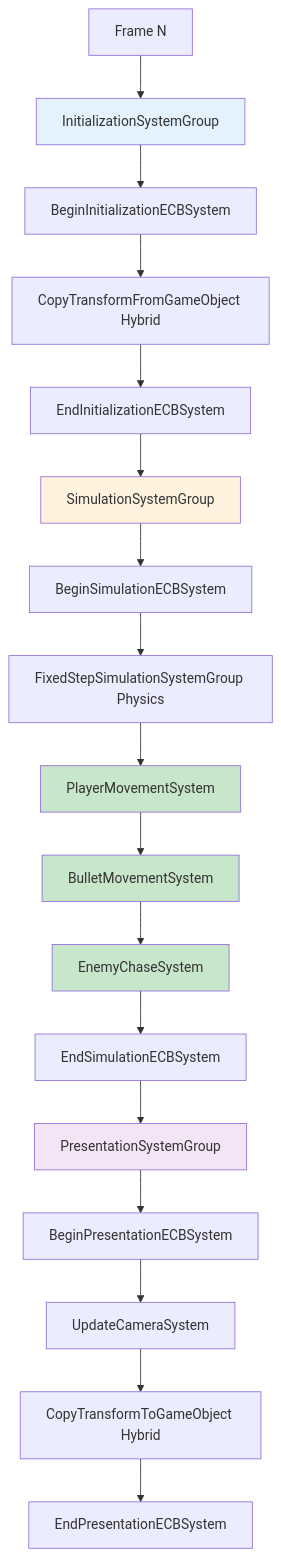
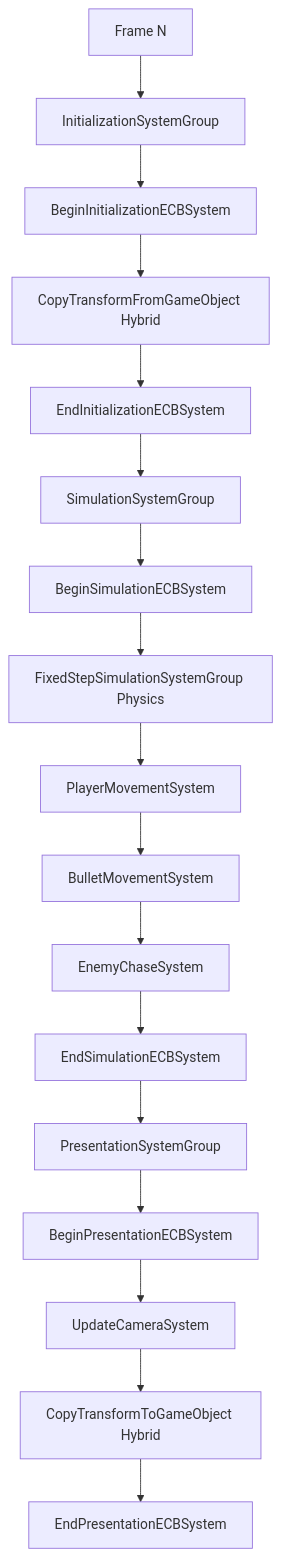
The eighth of 8 diagrams in README.md (lmo0317/projectc), drawn with Mermaid before and after one commit. The commit also changed other lines of this file, not shown here.

````diff
--- a/README.md
+++ b/README.md
@@ -761,30 +739,23 @@
 ```mermaid
 flowchart TB
     Frame["Frame N"]
 
     Frame --> Init["InitializationSystemGroup"]
     Init --> Init1["BeginInitializationECBSystem"]
     Init1 --> Init2["CopyTransformFromGameObject Hybrid"]
     Init2 --> Init3["EndInitializationECBSystem"]
 
     Init3 --> Sim["SimulationSystemGroup"]
     Sim --> Sim1["BeginSimulationECBSystem"]
     Sim1 --> Sim2["FixedStepSimulationSystemGroup Physics"]
     Sim2 --> Sim3["PlayerMovementSystem"]
     Sim3 --> Sim4["BulletMovementSystem"]
     Sim4 --> Sim5["EnemyChaseSystem"]
     Sim5 --> Sim6["EndSimulationECBSystem"]
 
     Sim6 --> Pres["PresentationSystemGroup"]
     Pres --> Pres1["BeginPresentationECBSystem"]
     Pres1 --> Pres2["UpdateCameraSystem"]
     Pres2 --> Pres3["CopyTransformToGameObject Hybrid"]
     Pres3 --> Pres4["EndPresentationECBSystem"]
-
-    style Init fill:#e3f2fd
-    style Sim fill:#fff3e0
-    style Pres fill:#f3e5f5
-    style Sim3 fill:#c8e6c9
-    style Sim4 fill:#c8e6c9
-    style Sim5 fill:#c8e6c9
 ```
````
